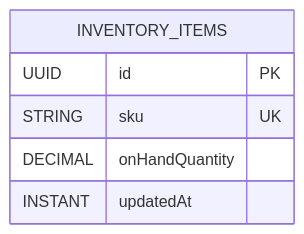
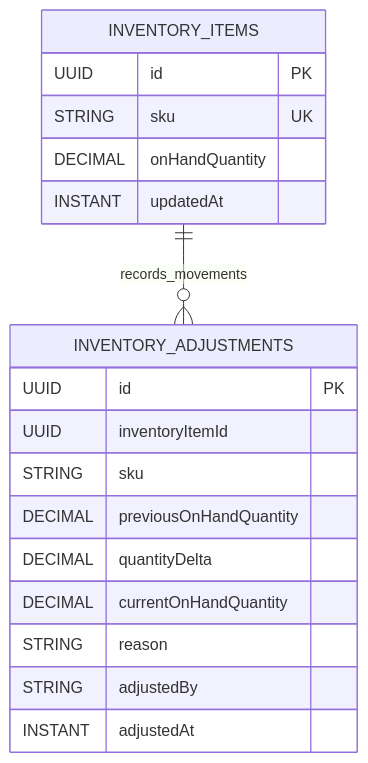
Before and after one commit to ArcanaERP/platform: the diagram in docs/inventory-data-model.md, drawn with Mermaid. The commit also changed other lines of this file and 15 other files, not shown here.

Commit message:
feat: add inventory adjustments with movement history

````diff
--- a/docs/inventory-data-model.md
+++ b/docs/inventory-data-model.md
@@ -7,9 +7,23 @@
 ```mermaid
 erDiagram
+    INVENTORY_ITEMS ||--o{ INVENTORY_ADJUSTMENTS : records_movements
+
     INVENTORY_ITEMS {
       UUID id PK
       STRING sku UK
       DECIMAL onHandQuantity
       INSTANT updatedAt
     }
+
+    INVENTORY_ADJUSTMENTS {
+      UUID id PK
+      UUID inventoryItemId
+      STRING sku
+      DECIMAL previousOnHandQuantity
+      DECIMAL quantityDelta
+      DECIMAL currentOnHandQuantity
+      STRING reason
+      STRING adjustedBy
+      INSTANT adjustedAt
+    }
 ```
````
